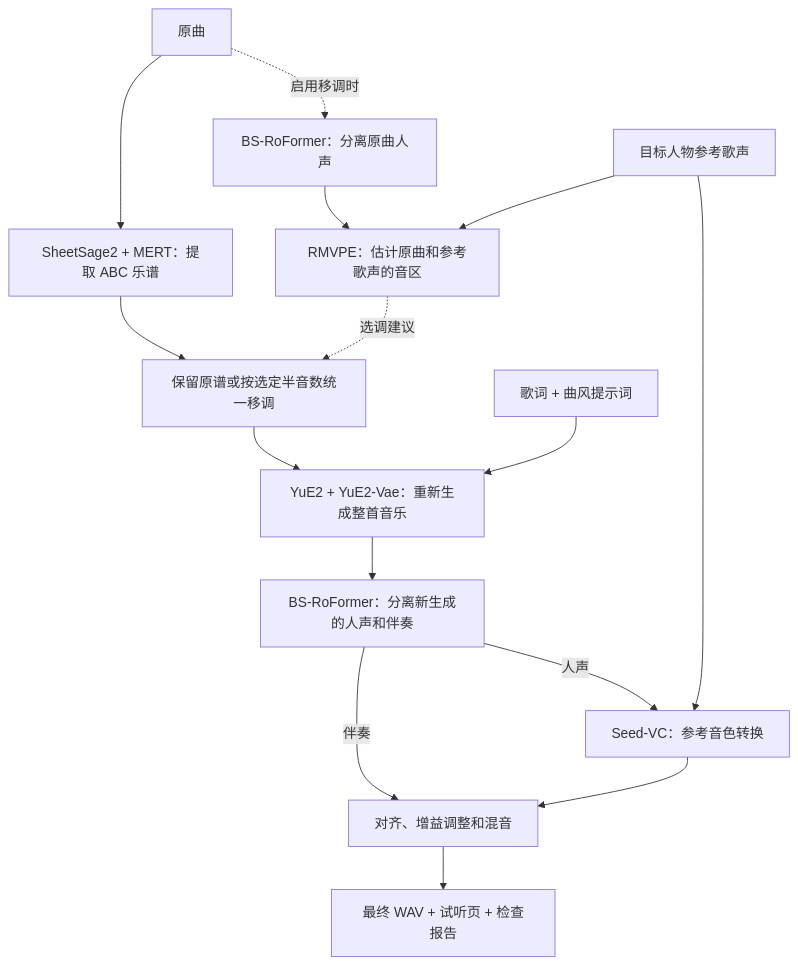
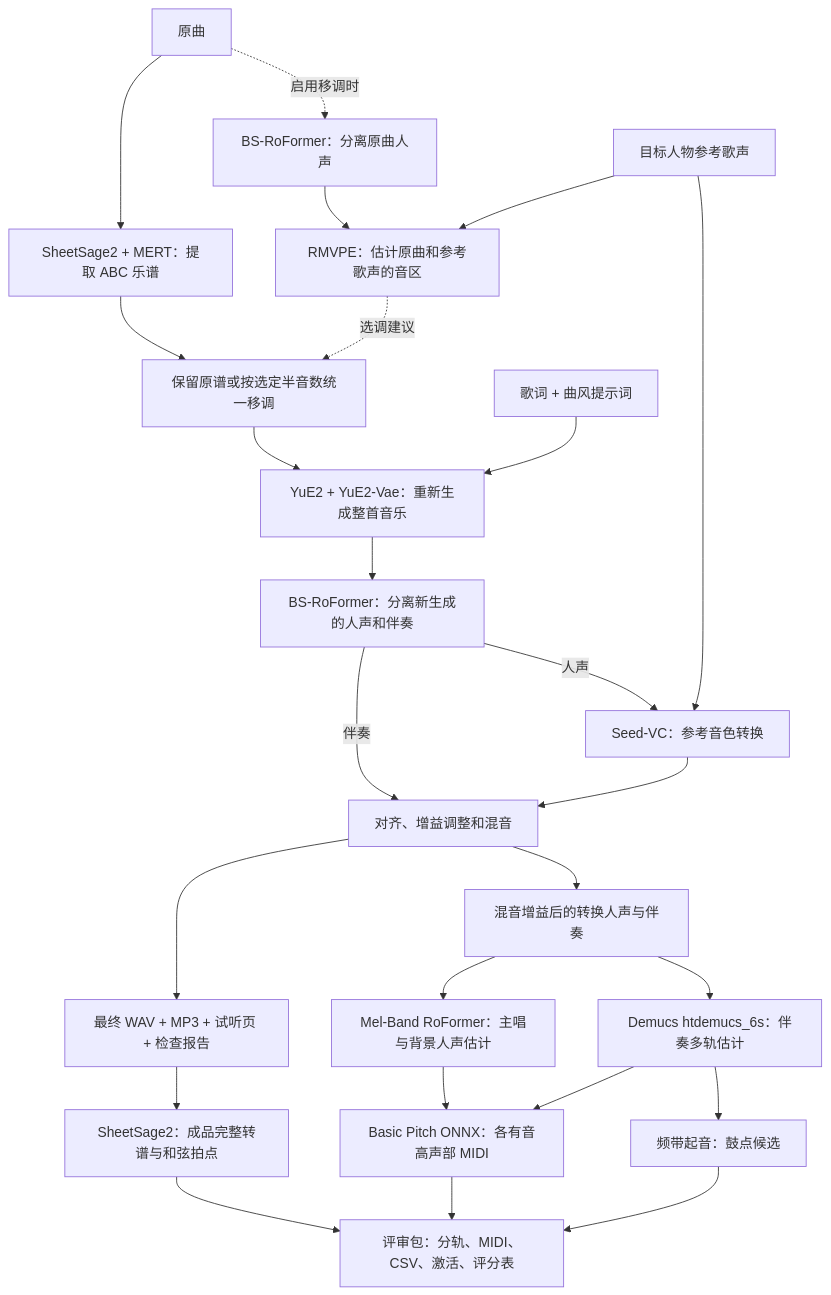
The diagram in docs/07-baseline-report.md (Chernobyllight/music-cover-baseline), drawn with Mermaid before and after one commit. The commit also changed other lines of this file and 18 other files, not shown here.

````diff
--- a/docs/07-baseline-report.md
+++ b/docs/07-baseline-report.md
@@ -11,17 +11,27 @@
 ```mermaid
 flowchart TD
     A[原曲] --> B[SheetSage2 + MERT：提取 ABC 乐谱]
     A -. 启用移调时 .-> C[BS-RoFormer：分离原曲人声]
     C --> D[RMVPE：估计原曲和参考歌声的音区]
     R[目标人物参考歌声] --> D
     B --> E[保留原谱或按选定半音数统一移调]
     D -. 选调建议 .-> E
     E --> F[YuE2 + YuE2-Vae：重新生成整首音乐]
     L[歌词 + 曲风提示词] --> F
     F --> G[BS-RoFormer：分离新生成的人声和伴奏]
     G -->|人声| H[Seed-VC：参考音色转换]
     R --> H
     G -->|伴奏| I[对齐、增益调整和混音]
     H --> I
-    I --> J[最终 WAV + 试听页 + 检查报告]
+    I --> J[最终 WAV + MP3 + 试听页 + 检查报告]
+    I --> K[混音增益后的转换人声与伴奏]
+    K --> M[Mel-Band RoFormer：主唱与背景人声估计]
+    K --> N[Demucs htdemucs_6s：伴奏多轨估计]
+    J --> O[SheetSage2：成品完整转谱与和弦拍点]
+    M --> P[Basic Pitch ONNX：各有音高声部 MIDI]
+    N --> P
+    N --> Q[频带起音：鼓点候选]
+    O --> S[评审包：分轨、MIDI、CSV、激活、评分表]
+    P --> S
+    Q --> S
 ```
````
